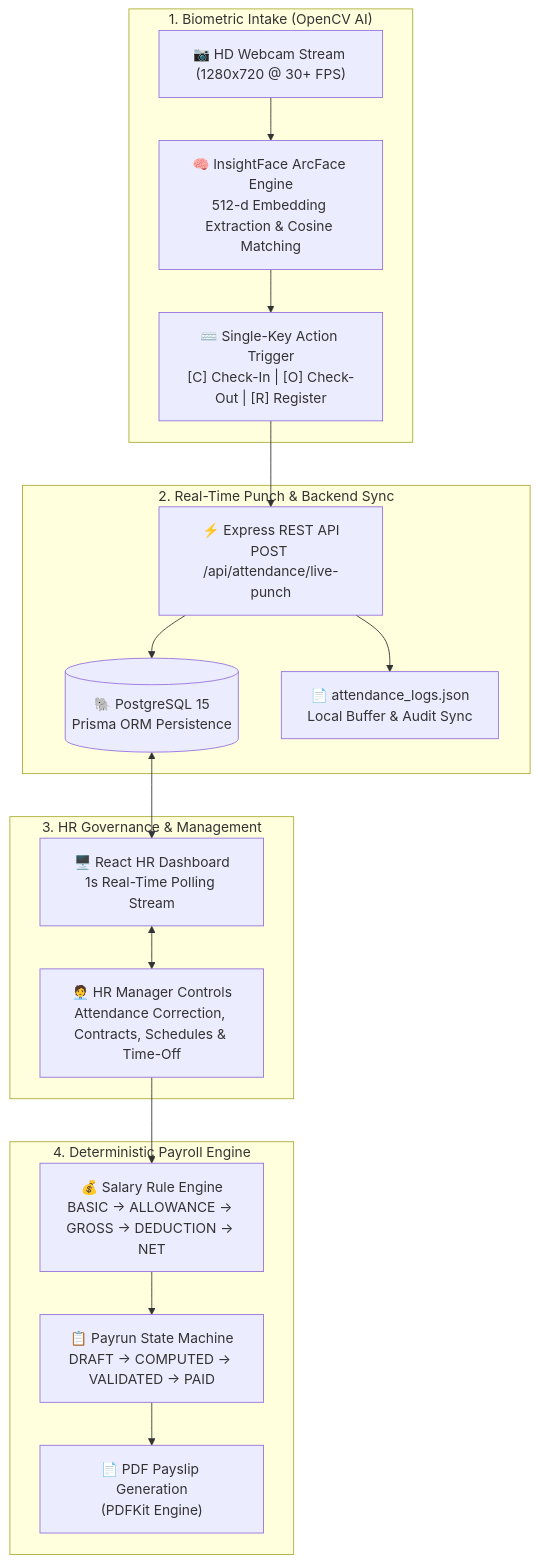
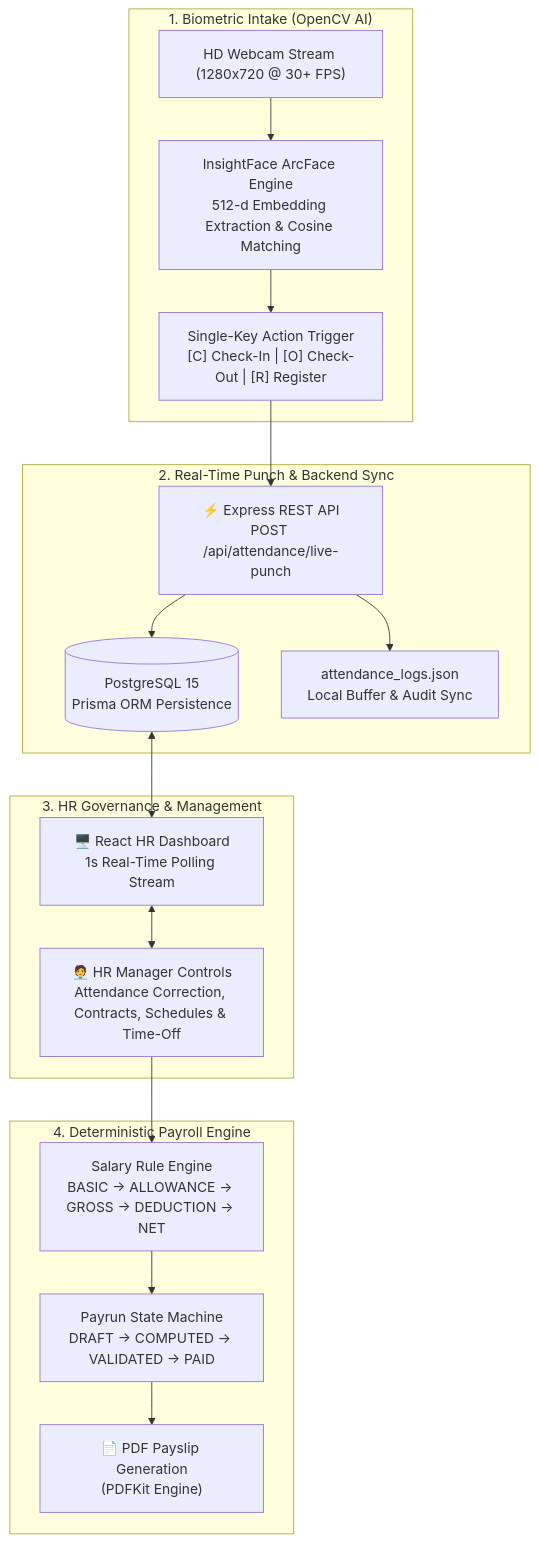
Before and after one commit to Parthparmar57/team_49_odoo_grand_final_hackathon: the first of 6 diagrams in README.md, drawn with Mermaid. The commit also changed other lines of this file, not shown here.

````diff
--- a/README.md
+++ b/README.md
@@ -42,33 +42,33 @@
 ```mermaid
 flowchart TD
     subgraph "1. Biometric Intake (OpenCV AI)"
-        CAM["📷 HD Webcam Stream (1280x720 @ 30+ FPS)"]
-        IF["🧠 InsightFace ArcFace Engine<br/>512-d Embedding Extraction & Cosine Matching"]
-        KEY["⌨️ Single-Key Action Trigger<br/>[C] Check-In | [O] Check-Out | [R] Register"]
+        CAM[" HD Webcam Stream (1280x720 @ 30+ FPS)"]
+        IF[" InsightFace ArcFace Engine<br/>512-d Embedding Extraction & Cosine Matching"]
+        KEY[" Single-Key Action Trigger<br/>[C] Check-In | [O] Check-Out | [R] Register"]
         CAM --> IF --> KEY
     end
 
     subgraph "2. Real-Time Punch & Backend Sync"
         API["⚡ Express REST API<br/>POST /api/attendance/live-punch"]
-        DB[("🐘 PostgreSQL 15<br/>Prisma ORM Persistence")]
-        LOG["📄 attendance_logs.json<br/>Local Buffer & Audit Sync"]
+        DB[(" PostgreSQL 15<br/>Prisma ORM Persistence")]
+        LOG[" attendance_logs.json<br/>Local Buffer & Audit Sync"]
         KEY --> API
         API --> DB
         API --> LOG
     end
 
     subgraph "3. HR Governance & Management"
         UI["🖥️ React HR Dashboard<br/>1s Real-Time Polling Stream"]
         GOV["🧑‍💼 HR Manager Controls<br/>Attendance Correction, Contracts, Schedules & Time-Off"]
         DB <--> UI
         UI <--> GOV
     end
 
     subgraph "4. Deterministic Payroll Engine"
-        PAY["💰 Salary Rule Engine<br/>BASIC -> ALLOWANCE -> GROSS -> DEDUCTION -> NET"]
-        PR["📋 Payrun State Machine<br/>DRAFT -> COMPUTED -> VALIDATED -> PAID"]
+        PAY[" Salary Rule Engine<br/>BASIC -> ALLOWANCE -> GROSS -> DEDUCTION -> NET"]
+        PR[" Payrun State Machine<br/>DRAFT -> COMPUTED -> VALIDATED -> PAID"]
         PDF["📄 PDF Payslip Generation<br/>(PDFKit Engine)"]
         GOV --> PAY
         PAY --> PR --> PDF
     end
 ```
````
